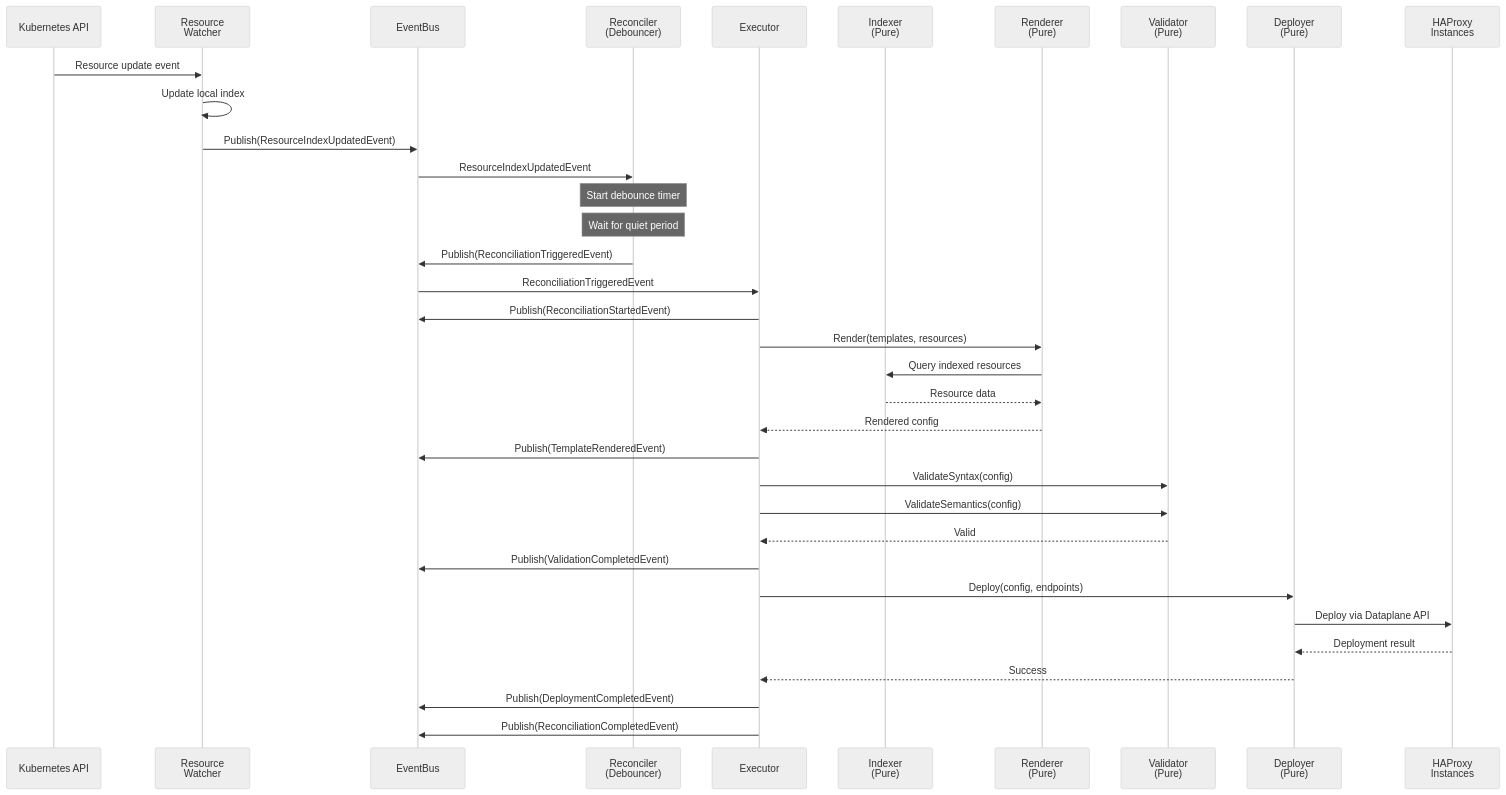
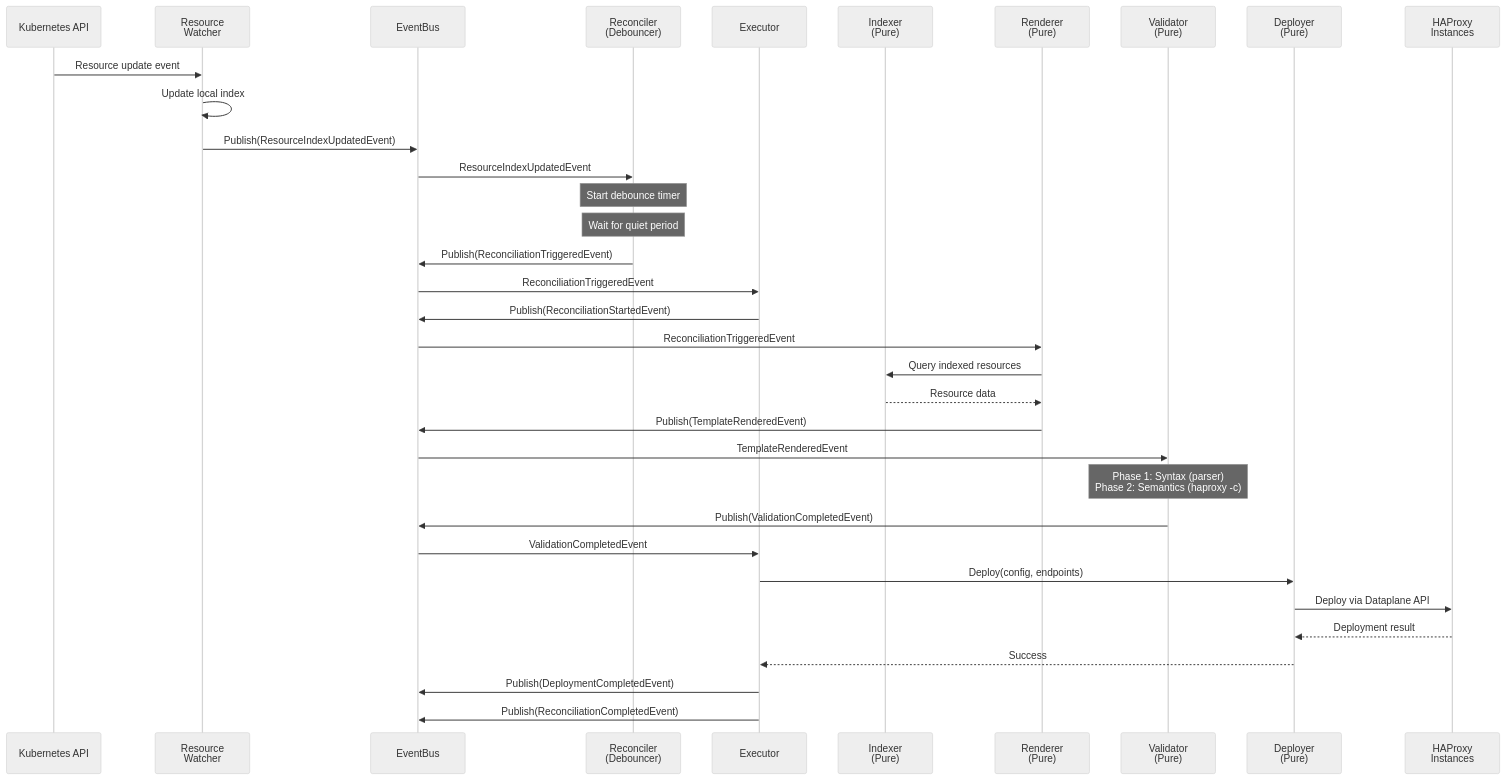
One commit to phihos/haproxy-template-ingress-controller changed the fifth of 11 diagrams in docs/development/design.md. Above: the diagram before and after it, drawn with Mermaid (neutral theme). The commit also changed other lines of this file and 15 other files, not shown here.

First line of the commit message:
Implement HAProxy configuration validation (#7)

````diff
--- a/docs/development/design.md
+++ b/docs/development/design.md
@@ -540,48 +549,46 @@
 ```mermaid
 sequenceDiagram
     participant K8S as Kubernetes API
     participant ResourceWatcher as Resource<br/>Watcher
     participant EventBus
     participant Reconciler as Reconciler<br/>(Debouncer)
     participant Executor
     participant Indexer as Indexer<br/>(Pure)
     participant Renderer as Renderer<br/>(Pure)
     participant Validator as Validator<br/>(Pure)
     participant Deployer as Deployer<br/>(Pure)
     participant HAProxy as HAProxy<br/>Instances
 
     K8S->>ResourceWatcher: Resource update event
     ResourceWatcher->>ResourceWatcher: Update local index
     ResourceWatcher->>EventBus: Publish(ResourceIndexUpdatedEvent)
 
     EventBus->>Reconciler: ResourceIndexUpdatedEvent
     Note over Reconciler: Start debounce timer
 
     Note over Reconciler: Wait for quiet period
 
     Reconciler->>EventBus: Publish(ReconciliationTriggeredEvent)
+
     EventBus->>Executor: ReconciliationTriggeredEvent
-
     Executor->>EventBus: Publish(ReconciliationStartedEvent)
 
-    Executor->>Renderer: Render(templates, resources)
+    EventBus->>Renderer: ReconciliationTriggeredEvent
     Renderer->>Indexer: Query indexed resources
     Indexer-->>Renderer: Resource data
-    Renderer-->>Executor: Rendered config
+    Renderer->>EventBus: Publish(TemplateRenderedEvent)
 
-    Executor->>EventBus: Publish(TemplateRenderedEvent)
+    EventBus->>Validator: TemplateRenderedEvent
+    Note over Validator: Phase 1: Syntax (parser)<br/>Phase 2: Semantics (haproxy -c)
+    Validator->>EventBus: Publish(ValidationCompletedEvent)
 
-    Executor->>Validator: ValidateSyntax(config)
-    Executor->>Validator: ValidateSemantics(config)
-    Validator-->>Executor: Valid
-
-    Executor->>EventBus: Publish(ValidationCompletedEvent)
+    EventBus->>Executor: ValidationCompletedEvent
 
     Executor->>Deployer: Deploy(config, endpoints)
     Deployer->>HAProxy: Deploy via Dataplane API
     HAProxy-->>Deployer: Deployment result
     Deployer-->>Executor: Success
 
     Executor->>EventBus: Publish(DeploymentCompletedEvent)
     Executor->>EventBus: Publish(ReconciliationCompletedEvent)
 ```
````
